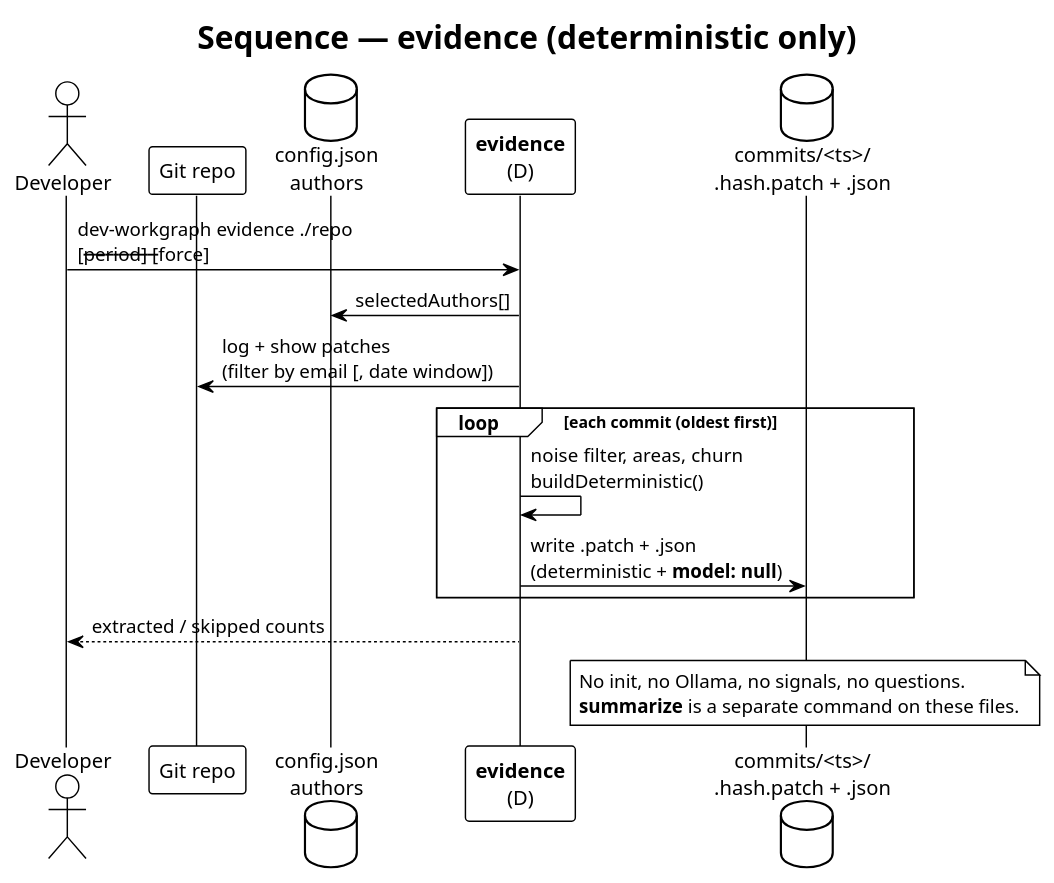
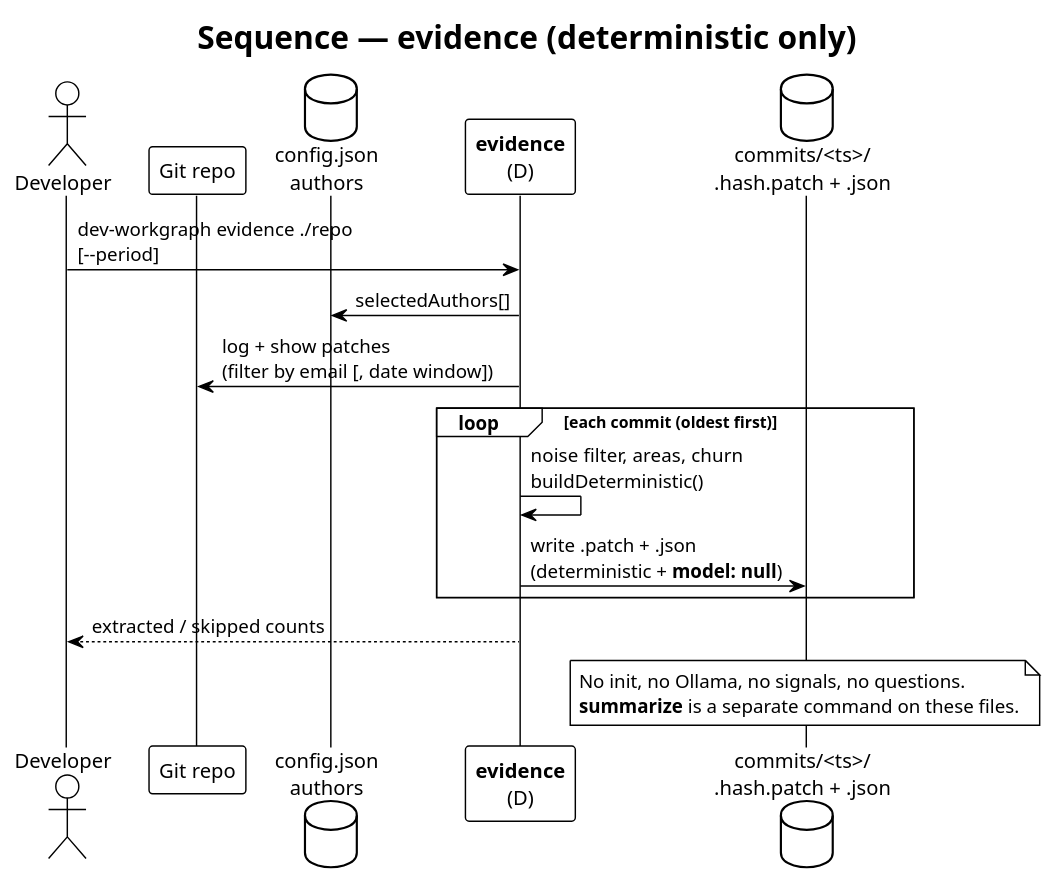
Before and after one commit to vzakharchenko/dev-workgraph: the seventh of 8 diagrams in uml/evidence.puml, drawn with PlantUML. The commit also changed other lines of this file and 92 other files, not shown here.

Commit message:
Refactor CLI workflows: remove `--force` from `init`, `report`, and `deepen` actions; implement JSON schema versioning (`schemaVersion`) with stamped artifacts; enhance serialization via `writeRecordJson`.

```diff
--- a/uml/evidence.puml
+++ b/uml/evidence.puml
@@ -339,30 +339,30 @@
 @startuml evidence-sequence
 !theme plain
 skinparam shadowing false
 
 title Sequence — **evidence** (deterministic only)
 
 actor "Developer" as DEV
 participant "Git repo" as GIT
 database "config.json\nauthors" as CFG
 participant "**evidence**\n(D)" as EVID
 database "commits/<ts>/\n.hash.patch + .json" as DISK
 
-DEV -> EVID : dev-workgraph evidence ./repo\n[--period] [--force]
+DEV -> EVID : dev-workgraph evidence ./repo\n[--period]
 
 EVID -> CFG : selectedAuthors[]
 EVID -> GIT : log + show patches\n(filter by email [, date window])
 
 loop each commit (oldest first)
   EVID -> EVID : noise filter, areas, churn\nbuildDeterministic()
   EVID -> DISK : write .patch + .json\n(deterministic + **model: null**)
 end
 
 EVID --> DEV : extracted / skipped counts
 
 note over DISK
   No init, no Ollama, no signals, no questions.
   **summarize** is a separate command on these files.
 end note
 
 @enduml
```
